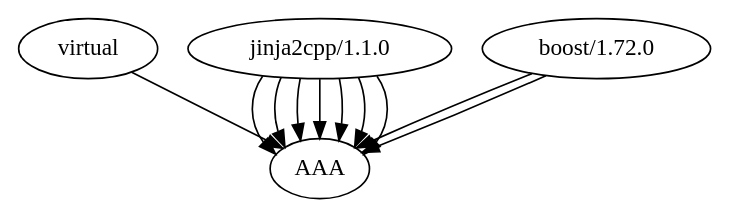
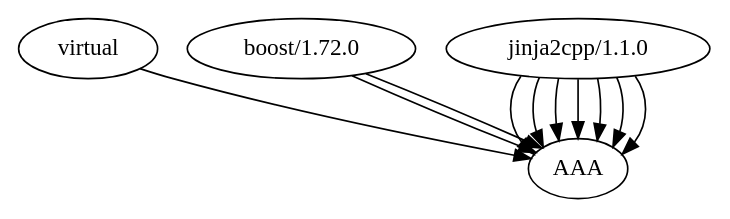
Before and after one commit to jgsogo/community-templates: the diagram in info_graph_dot/testing.dot, drawn with Graphviz. The commit also changed other lines of this file and 2 other files, not shown here.

```diff
--- a/info_graph_dot/testing.dot
+++ b/info_graph_dot/testing.dot
@@ -1,12 +1,12 @@
 digraph {
         "virtual" -> "AAA"
+        "boost/1.72.0" -> "AAA"
+        "boost/1.72.0" -> "AAA"
         "jinja2cpp/1.1.0" -> "AAA"
         "jinja2cpp/1.1.0" -> "AAA"
         "jinja2cpp/1.1.0" -> "AAA"
         "jinja2cpp/1.1.0" -> "AAA"
         "jinja2cpp/1.1.0" -> "AAA"
         "jinja2cpp/1.1.0" -> "AAA"
         "jinja2cpp/1.1.0" -> "AAA"
-        "boost/1.72.0" -> "AAA"
-        "boost/1.72.0" -> "AAA"
 }
```
